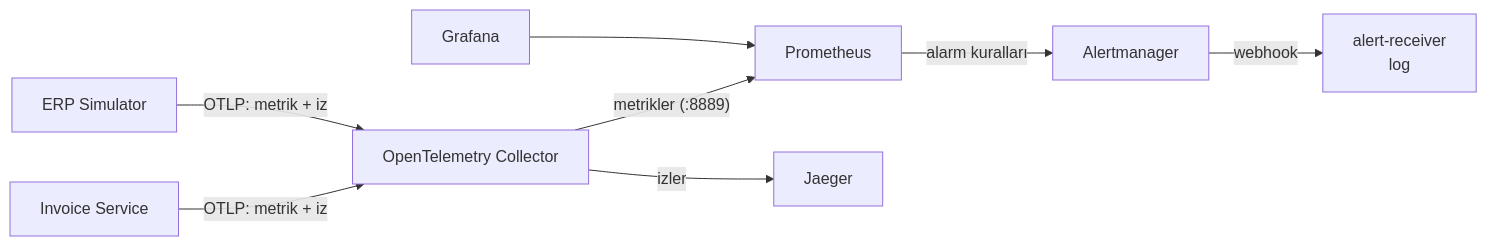
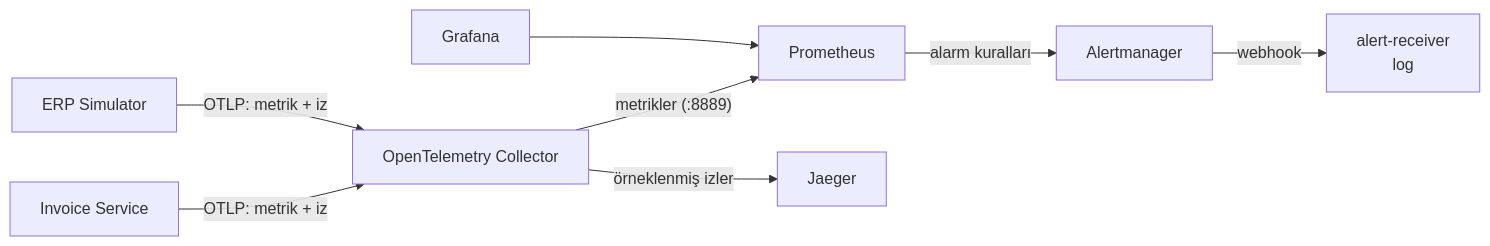
One commit to metinkaryagdi/Staj_Tasks changed the fourth of 4 diagrams in ARCHITECTURE.md. Above: the diagram before and after it, drawn with Mermaid. The commit also changed other lines of this file and 1 other file, not shown here.

Commit message:
Describe trace sampling in README and ARCHITECTURE, and replace the Day 12 section with Day 13

````diff
--- a/ARCHITECTURE.md
+++ b/ARCHITECTURE.md
@@ -202,10 +202,10 @@
 ```mermaid
 flowchart LR
     I["Invoice Service"] -- "OTLP: metrik + iz" --> C[OpenTelemetry Collector]
     E["ERP Simulator"] -- "OTLP: metrik + iz" --> C
     C -- "metrikler (:8889)" --> P[Prometheus]
-    C -- "izler" --> J[Jaeger]
+    C -- "örneklenmiş izler" --> J[Jaeger]
     P -- "alarm kuralları" --> A[Alertmanager]
     A -- webhook --> R["alert-receiver<br/>log"]
     G[Grafana] --> P
 ```
````
